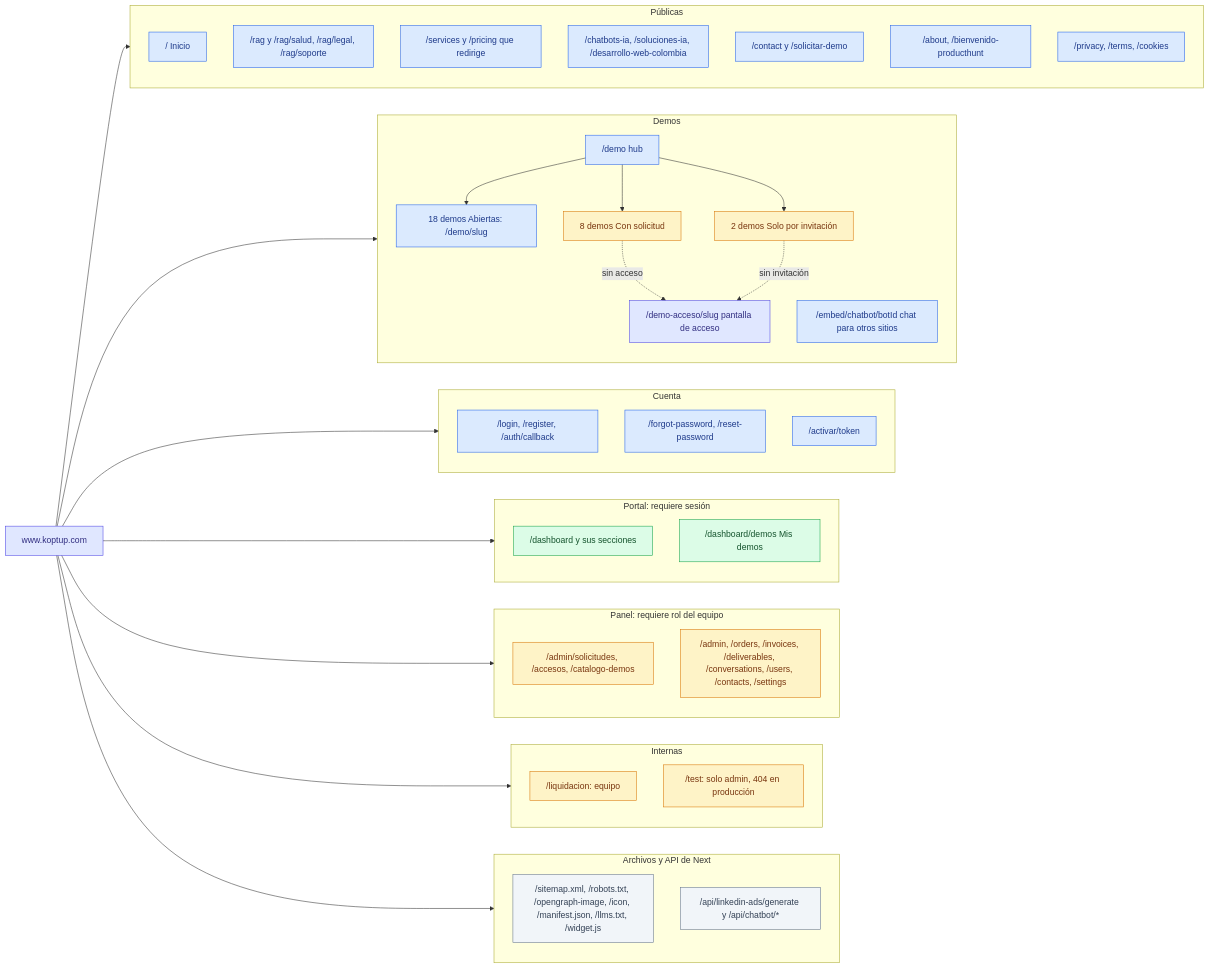
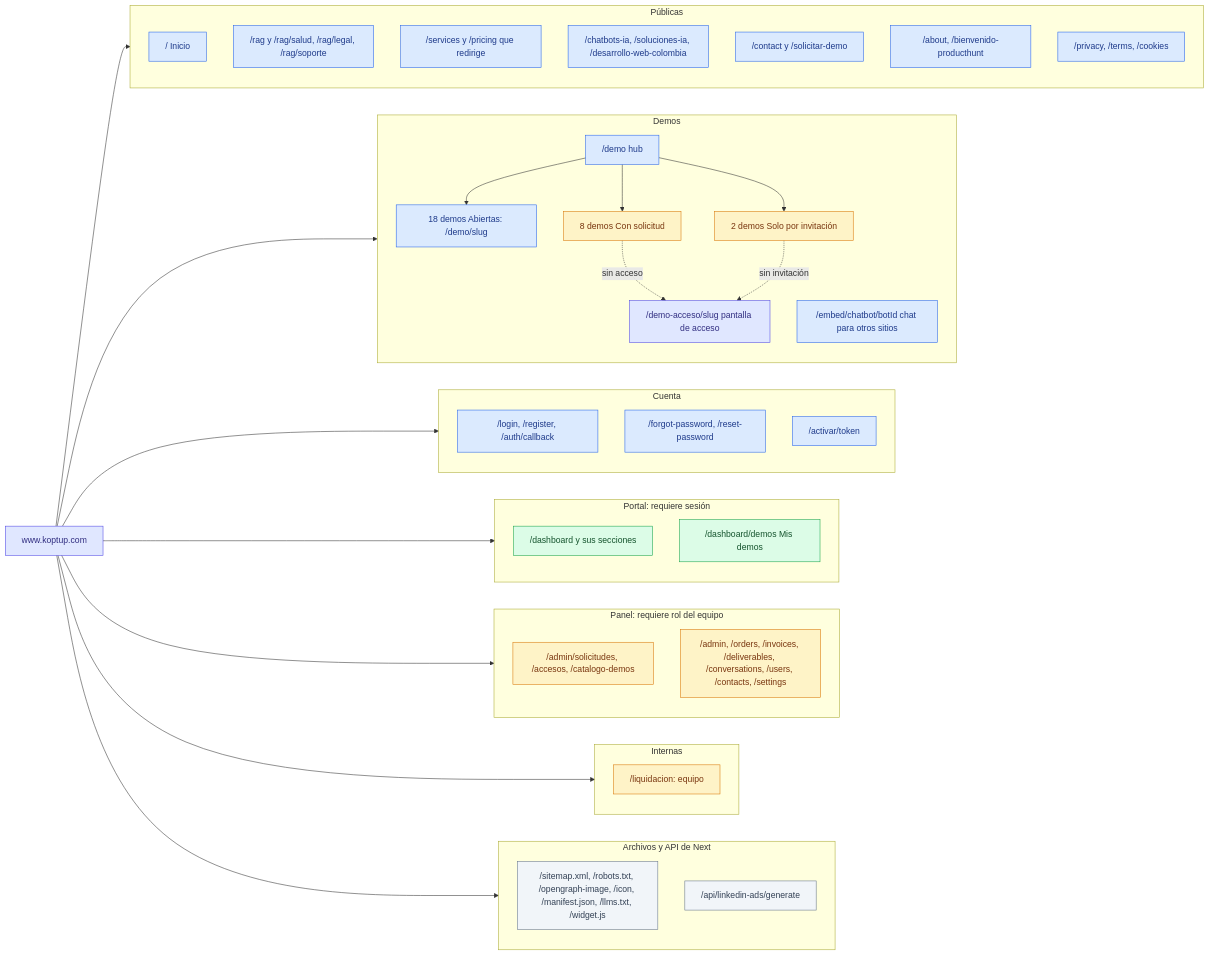
One commit to ronalc90/koptup changed the first of 2 diagrams in docs/wiki/Doc-02-Mapa-del-Sitio.md. Above: the diagram before and after it, drawn with Mermaid. The commit also changed other lines of this file and 116 other files, not shown here.

````diff
--- a/docs/wiki/Doc-02-Mapa-del-Sitio.md
+++ b/docs/wiki/Doc-02-Mapa-del-Sitio.md
@@ -28,68 +28,67 @@
 ```mermaid
 flowchart LR
     classDef visitante fill:#dbeafe,stroke:#2563eb,color:#1e3a8a
     classDef sesion fill:#dcfce7,stroke:#16a34a,color:#14532d
     classDef admin fill:#fef3c7,stroke:#d97706,color:#78350f
     classDef sistema fill:#e0e7ff,stroke:#4f46e5,color:#312e81
     classDef externo fill:#f1f5f9,stroke:#64748b,color:#334155
 
     ROOT["www.koptup.com"]:::sistema
 
     subgraph PUB["Públicas"]
         HOME["/ Inicio"]:::visitante
         RAG["/rag y /rag/salud, /rag/legal, /rag/soporte"]:::visitante
         SERV["/services y /pricing que redirige"]:::visitante
         SEO["/chatbots-ia, /soluciones-ia, /desarrollo-web-colombia"]:::visitante
         CONV["/contact y /solicitar-demo"]:::visitante
         INFO["/about, /bienvenido-producthunt"]:::visitante
         LEGAL["/privacy, /terms, /cookies"]:::visitante
     end
 
     subgraph DEM["Demos"]
         HUB["/demo hub"]:::visitante
         D1["18 demos Abiertas: /demo/slug"]:::visitante
         D2["8 demos Con solicitud"]:::admin
         D3["2 demos Solo por invitación"]:::admin
         GATE["/demo-acceso/slug pantalla de acceso"]:::sistema
         EMB["/embed/chatbot/botId chat para otros sitios"]:::visitante
     end
 
     subgraph CTA["Cuenta"]
         LOGIN["/login, /register, /auth/callback"]:::visitante
         PASS["/forgot-password, /reset-password"]:::visitante
         ACT["/activar/token"]:::visitante
     end
 
     subgraph POR["Portal: requiere sesión"]
         DASH["/dashboard y sus secciones"]:::sesion
         MIS["/dashboard/demos Mis demos"]:::sesion
     end
 
     subgraph PAN["Panel: requiere rol del equipo"]
         COM["/admin/solicitudes, /accesos, /catalogo-demos"]:::admin
         OPE["/admin, /orders, /invoices, /deliverables, /conversations, /users, /contacts, /settings"]:::admin
     end
 
     subgraph INT["Internas"]
         LIQ["/liquidacion: equipo"]:::admin
-        TEST["/test: solo admin, 404 en producción"]:::admin
     end
 
     subgraph ARCH["Archivos y API de Next"]
         FILES["/sitemap.xml, /robots.txt, /opengraph-image, /icon, /manifest.json, /llms.txt, /widget.js"]:::externo
-        NAPI["/api/linkedin-ads/generate y /api/chatbot/*"]:::externo
+        NAPI["/api/linkedin-ads/generate"]:::externo
     end
 
     ROOT --> PUB
     ROOT --> DEM
     ROOT --> CTA
     ROOT --> POR
     ROOT --> PAN
     ROOT --> INT
     ROOT --> ARCH
     HUB --> D1
     HUB --> D2
     HUB --> D3
     D2 -.->|"sin acceso"| GATE
     D3 -.->|"sin invitación"| GATE
 ```
````
